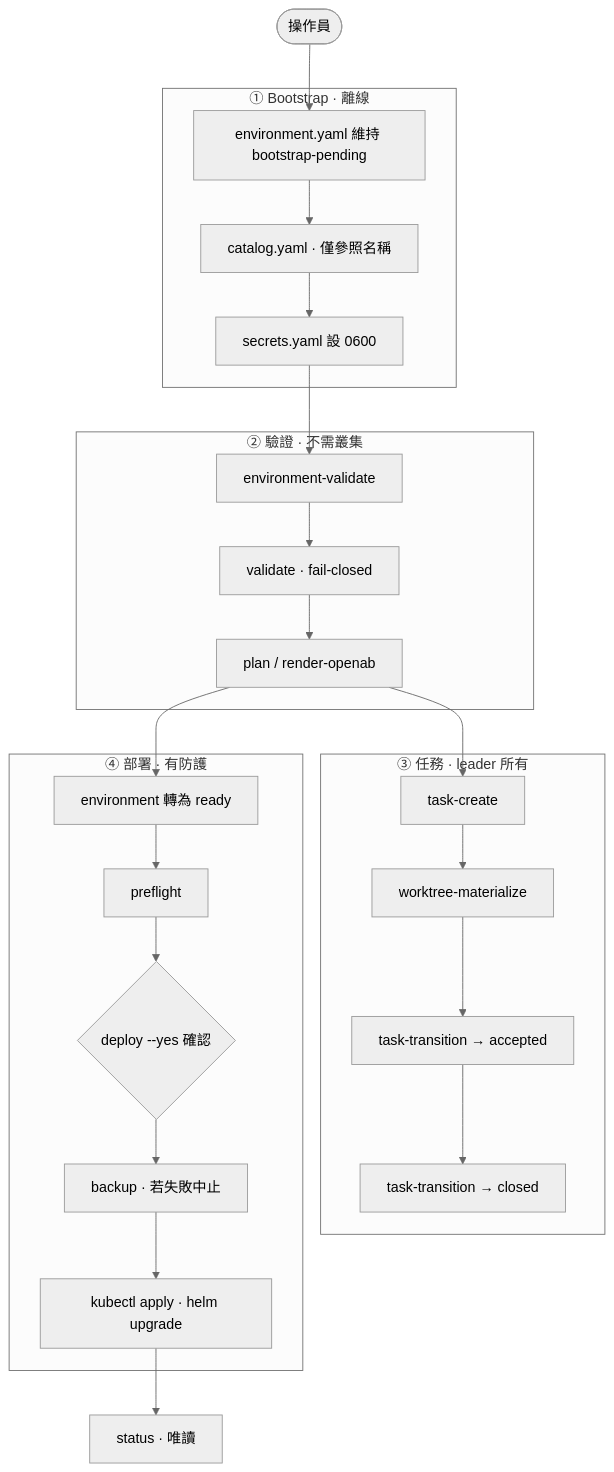
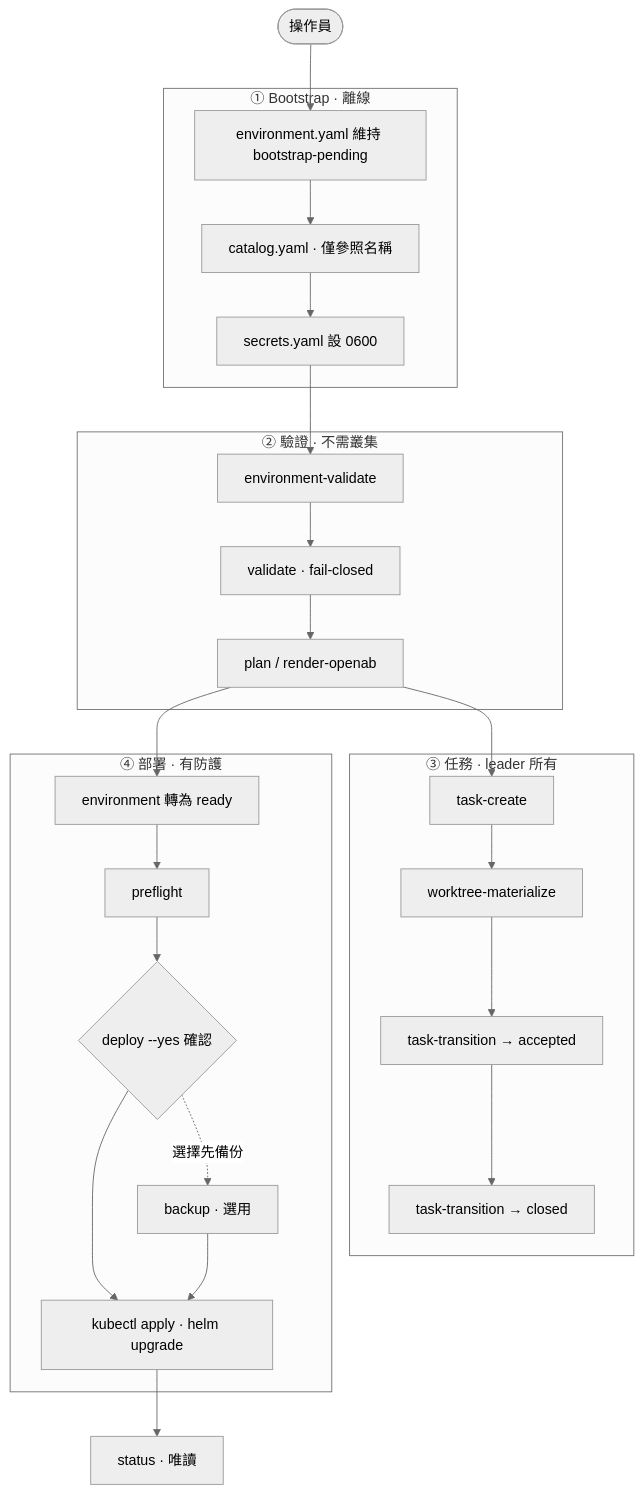
Before and after one commit to pro5251/oab-agents-control: the second of 2 diagrams in README.md, drawn with Mermaid. The commit also changed other lines of this file and 53 other files, not shown here.

````diff
--- a/README.md
+++ b/README.md
@@ -94,41 +94,42 @@
 ```mermaid
 %%{init: {'theme':'neutral'}}%%
 flowchart TD
   START(["操作員"]) --> B0
 
   subgraph BOOT["① Bootstrap · 離線"]
     B0["environment.yaml 維持 bootstrap-pending"]
     B1["catalog.yaml · 僅參照名稱"]
     B2["secrets.yaml 設 0600"]
     B0 --> B1 --> B2
   end
 
   subgraph VAL["② 驗證 · 不需叢集"]
     V0["environment-validate"]
     V1["validate · fail-closed"]
     V2["plan / render-openab"]
     V0 --> V1 --> V2
   end
 
   subgraph TASK["③ 任務 · leader 所有"]
     T0["task-create"]
     T1["worktree-materialize"]
     T2["task-transition → accepted"]
     T3["task-transition → closed"]
     T0 --> T1 --> T2 --> T3
   end
 
   subgraph DEPLOY["④ 部署 · 有防護"]
     D0["environment 轉為 ready"]
     D1["preflight"]
     D2{"deploy --yes 確認"}
-    D3["backup · 若失敗中止"]
+    D3["backup · 選用"]
     D4["kubectl apply · helm upgrade"]
-    D0 --> D1 --> D2 --> D3 --> D4
+    D0 --> D1 --> D2 --> D4
+    D2 -.選擇先備份.-> D3 --> D4
   end
 
   B2 --> V0
   V2 --> T0
   V2 --> D0
   D4 --> S["status · 唯讀"]
 ```
````
